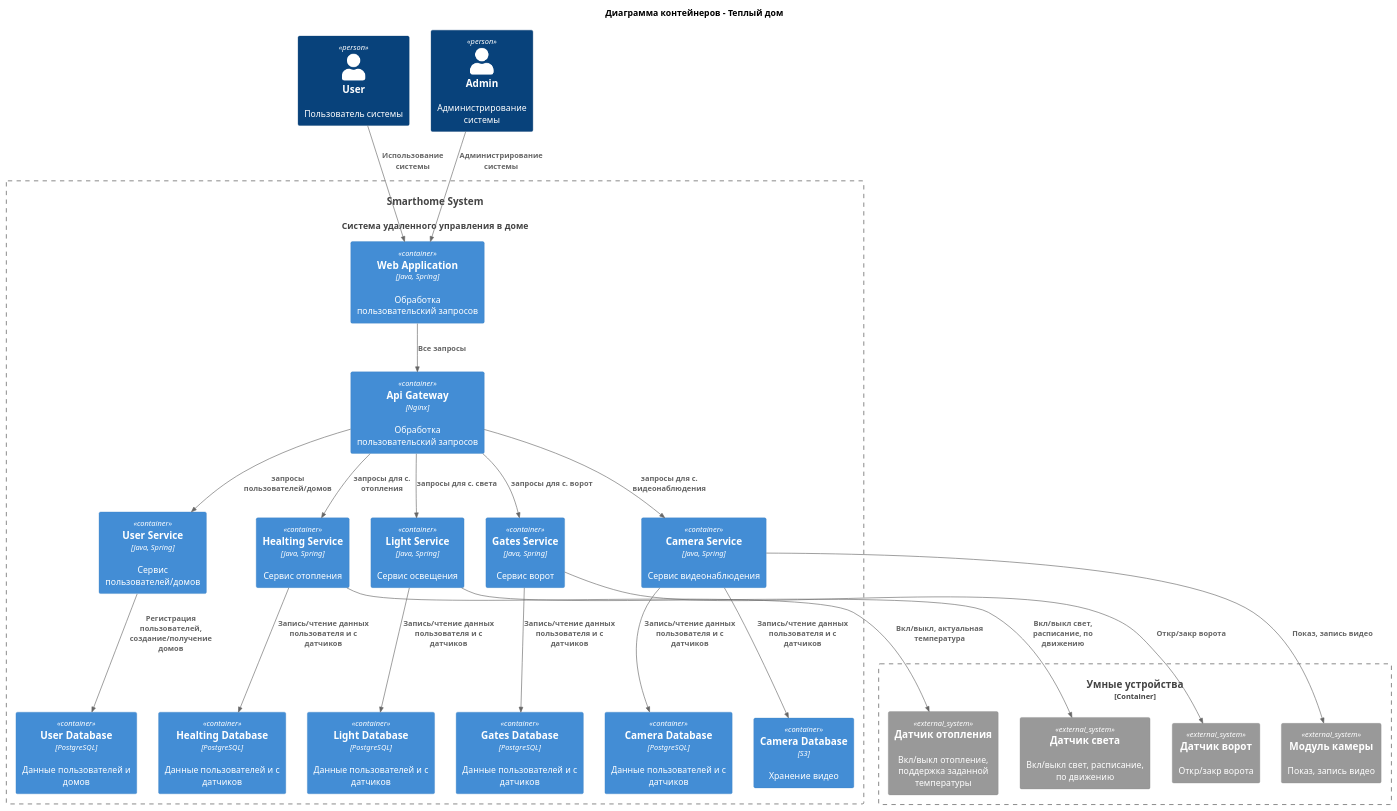
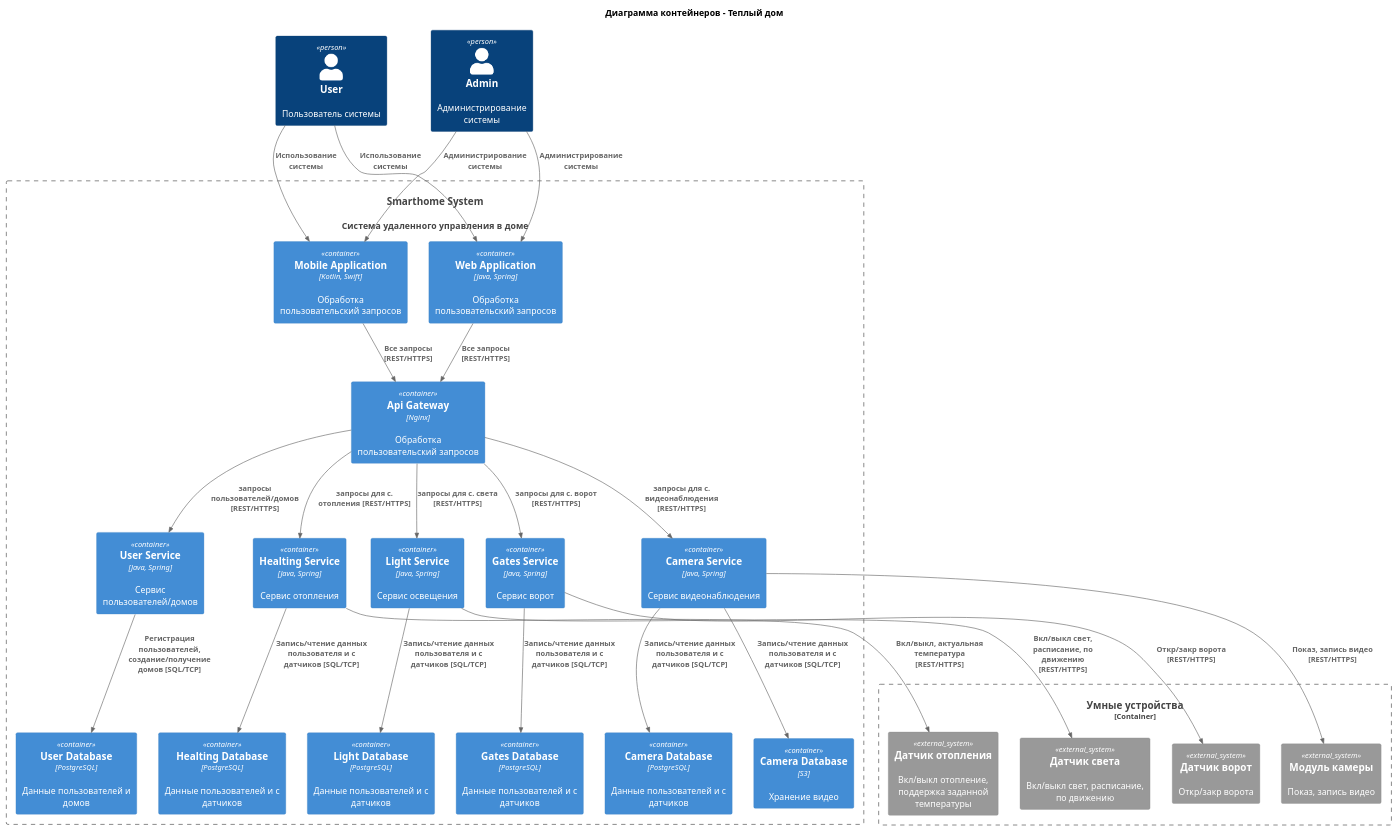
The diagram in diagrams/task2/to_be/task2_container_to_be.puml (fireflysmk/architecture-sprint-3), drawn with PlantUML before and after one commit. The commit also changed 6 other files, not shown here.

```diff
--- a/diagrams/task2/to_be/task2_container_to_be.puml
+++ b/diagrams/task2/to_be/task2_container_to_be.puml
@@ -1,52 +1,56 @@
 @startuml
 title Диаграмма контейнеров - Теплый дом
 
 top to bottom direction
 
 !includeurl https://raw.githubusercontent.com/RicardoNiepel/C4-PlantUML/master/C4_Component.puml
 
 Person(user, "User", "Пользователь системы")
 Person(admin, "Admin", "Администрирование системы")
 System(SmartHomeSystem, "Smarthome System", "Система  удаленного управления в доме")
 
 Container_Boundary(SmartHomeSystem, "Smarthome System") {
+  Container(MobileApp, "Mobile Application", "Kotlin, Swift", "Обработка пользовательский запросов")
   Container(WebApp, "Web Application", "Java, Spring", "Обработка пользовательский запросов")
   Container(ApiGateway, "Api Gateway", "Nginx", "Обработка пользовательский запросов")
   Container(UserService, "User Service", "Java, Spring", "Сервис пользователей/домов")
   Container(HealtingService, "Healting Service", "Java, Spring", "Сервис отопления")
   Container(LightService, "Light Service", "Java, Spring", "Сервис освещения")
   Container(GatesService, "Gates Service", "Java, Spring", "Сервис ворот")
   Container(CameraService, "Camera Service", "Java, Spring", "Сервис видеонаблюдения")
   Container(UserDatabase,"User Database", "PostgreSQL", "Данные пользователей и домов")
   Container(HealtingDatabase,"Healting Database", "PostgreSQL", "Данные пользователей и с датчиков")
   Container(LightDatabase,"Light Database", "PostgreSQL", "Данные пользователей и с датчиков")
   Container(GatesDatabase,"Gates Database", "PostgreSQL", "Данные пользователей и с датчиков")
   Container(CameraDatabase,"Camera Database", "PostgreSQL", "Данные пользователей и с датчиков")
   Container(CameraS3Database,"Camera Database", "S3", "Хранение видео")
 }
 Container_Boundary(SensorSmartHomeSystem, "Умные устройства") {
 System_Ext(healtingSensor, "Датчик отопления", "Вкл/выкл отопление, поддержка заданной температуры")
 System_Ext(lightSensor, "Датчик света", "Вкл/выкл свет, расписание, по движению")
 System_Ext(gatesSensor, "Датчик ворот", "Откр/закр ворота")
 System_Ext(cameraSensor, "Модуль камеры", "Показ, запись видео")
 }
 
 Rel(user, WebApp, "Использование системы")
+Rel(user, MobileApp, "Использование системы")
 Rel(admin,WebApp, "Администрирование системы")
-Rel(WebApp,ApiGateway,"Все запросы")
-Rel(ApiGateway,HealtingService,"запросы для с. отопления")
-Rel(ApiGateway,UserService,"запросы пользователей/домов")
-Rel(ApiGateway,LightService,"запросы для c. света")
-Rel(ApiGateway,GatesService,"запросы для c. ворот")
-Rel(ApiGateway,CameraService,"запросы для c. видеонаблюдения")
-Rel(UserService,UserDatabase,"Регистрация пользователей, создание/получение домов")
-Rel(HealtingService,healtingSensor, "Вкл/выкл, актуальная температура")
-Rel(HealtingService,HealtingDatabase,"Запись/чтение данных пользователя и с датчиков")
-Rel(LightService,LightDatabase,"Запись/чтение данных пользователя и с датчиков")
-Rel(LightService,lightSensor, "Вкл/выкл свет, расписание, по движению")
-Rel(GatesService,GatesDatabase,"Запись/чтение данных пользователя и с датчиков")
-Rel(GatesService,gatesSensor, "Откр/закр ворота")
-Rel(CameraService,CameraDatabase,"Запись/чтение данных пользователя и с датчиков")
-Rel(CameraService,CameraS3Database,"Запись/чтение данных пользователя и с датчиков")
-Rel(CameraService,cameraSensor, "Показ, запись видео")
+Rel(admin,MobileApp, "Администрирование системы")
+Rel(WebApp,ApiGateway,"Все запросы [REST/HTTPS]")
+Rel(MobileApp,ApiGateway,"Все запросы [REST/HTTPS]")
+Rel(ApiGateway,HealtingService,"запросы для с. отопления [REST/HTTPS]")
+Rel(ApiGateway,UserService,"запросы пользователей/домов [REST/HTTPS]")
+Rel(ApiGateway,LightService,"запросы для c. света [REST/HTTPS]")
+Rel(ApiGateway,GatesService,"запросы для c. ворот [REST/HTTPS]")
+Rel(ApiGateway,CameraService,"запросы для c. видеонаблюдения [REST/HTTPS]")
+Rel(UserService,UserDatabase,"Регистрация пользователей, создание/получение домов [SQL/TCP]")
+Rel(HealtingService,healtingSensor, "Вкл/выкл, актуальная температура [REST/HTTPS]")
+Rel(HealtingService,HealtingDatabase,"Запись/чтение данных пользователя и с датчиков [SQL/TCP]")
+Rel(LightService,LightDatabase,"Запись/чтение данных пользователя и с датчиков [SQL/TCP]")
+Rel(LightService,lightSensor, "Вкл/выкл свет, расписание, по движению [REST/HTTPS]")
+Rel(GatesService,GatesDatabase,"Запись/чтение данных пользователя и с датчиков [SQL/TCP]")
+Rel(GatesService,gatesSensor, "Откр/закр ворота [REST/HTTPS]")
+Rel(CameraService,CameraDatabase,"Запись/чтение данных пользователя и с датчиков [SQL/TCP]")
+Rel(CameraService,CameraS3Database,"Запись/чтение данных пользователя и с датчиков [SQL/TCP]")
+Rel(CameraService,cameraSensor, "Показ, запись видео [REST/HTTPS]")
 @enduml
```
